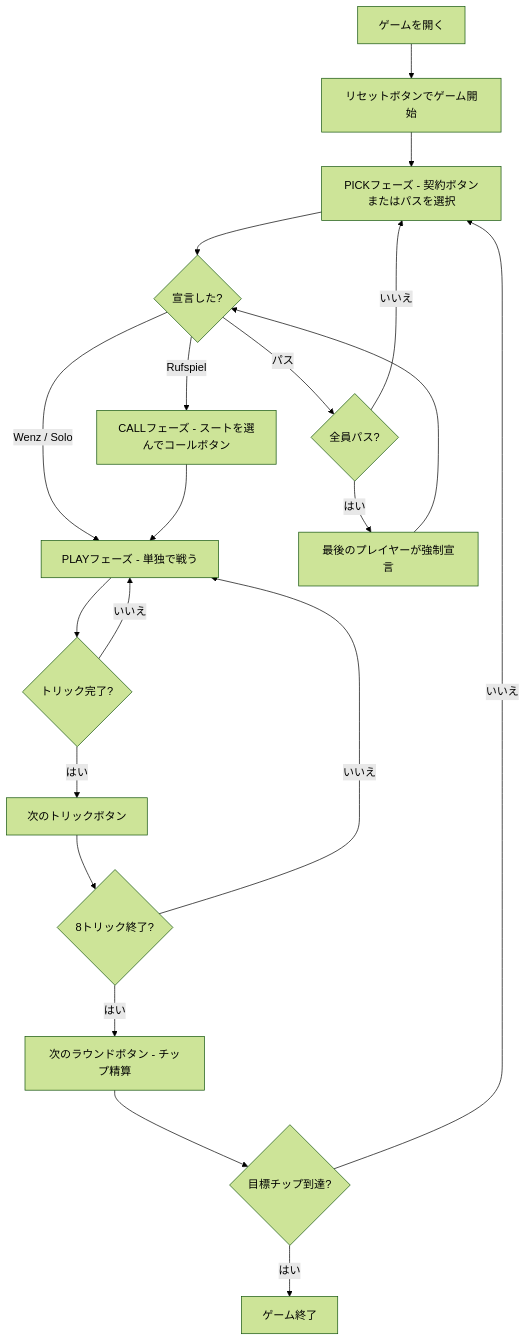
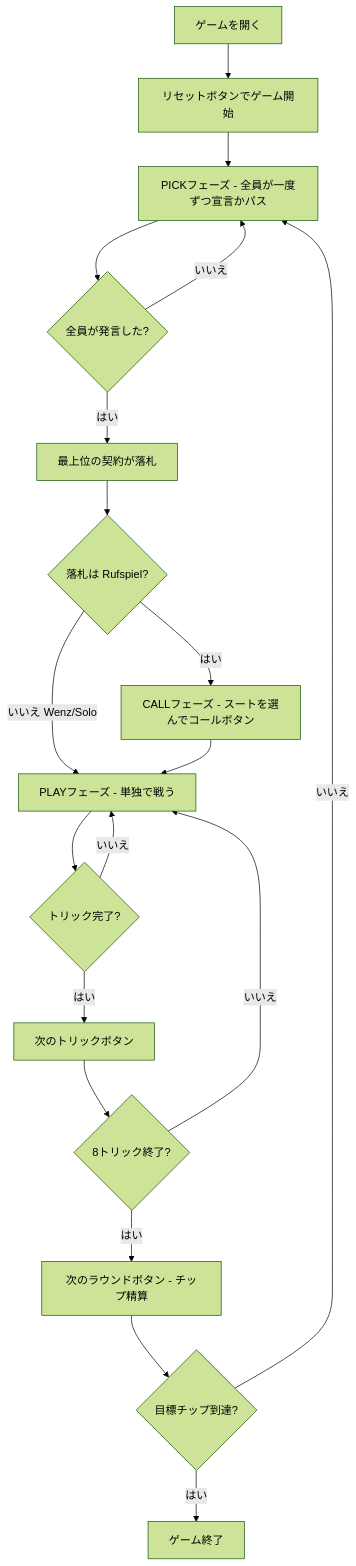
One commit to yuta-yoshinaga/go_trumpcards changed the diagram in docs/manual/web/schafkopf.md. Above: the diagram before and after it, drawn with Mermaid (forest theme). The commit also changed other lines of this file and 21 other files, not shown here.

````diff
--- a/docs/manual/web/schafkopf.md
+++ b/docs/manual/web/schafkopf.md
@@ -74,22 +82,21 @@
 ```mermaid
 flowchart TD
     A[ゲームを開く] --> B[リセットボタンでゲーム開始]
-    B --> C[PICKフェーズ - 契約ボタンまたはパスを選択]
-    C --> D{宣言した?}
-    D -- Rufspiel --> E[CALLフェーズ - スートを選んでコールボタン]
-    D -- Wenz / Solo --> F[PLAYフェーズ - 単独で戦う]
-    D -- パス --> G{全員パス?}
-    G -- いいえ --> C
-    G -- はい --> H[最後のプレイヤーが強制宣言]
-    H --> D
+    B --> C[PICKフェーズ - 全員が一度ずつ宣言かパス]
+    C --> P{全員が発言した?}
+    P -- いいえ --> C
+    P -- はい --> Q[最上位の契約が落札]
+    Q --> D{落札は Rufspiel?}
+    D -- はい --> E[CALLフェーズ - スートを選んでコールボタン]
+    D -- いいえ Wenz/Solo --> F[PLAYフェーズ - 単独で戦う]
     E --> F
     F --> I{トリック完了?}
     I -- いいえ --> F
     I -- はい --> J[次のトリックボタン]
     J --> K{8トリック終了?}
     K -- いいえ --> F
     K -- はい --> L[次のラウンドボタン - チップ精算]
     L --> M{目標チップ到達?}
     M -- いいえ --> C
     M -- はい --> N[ゲーム終了]
 ```
````
